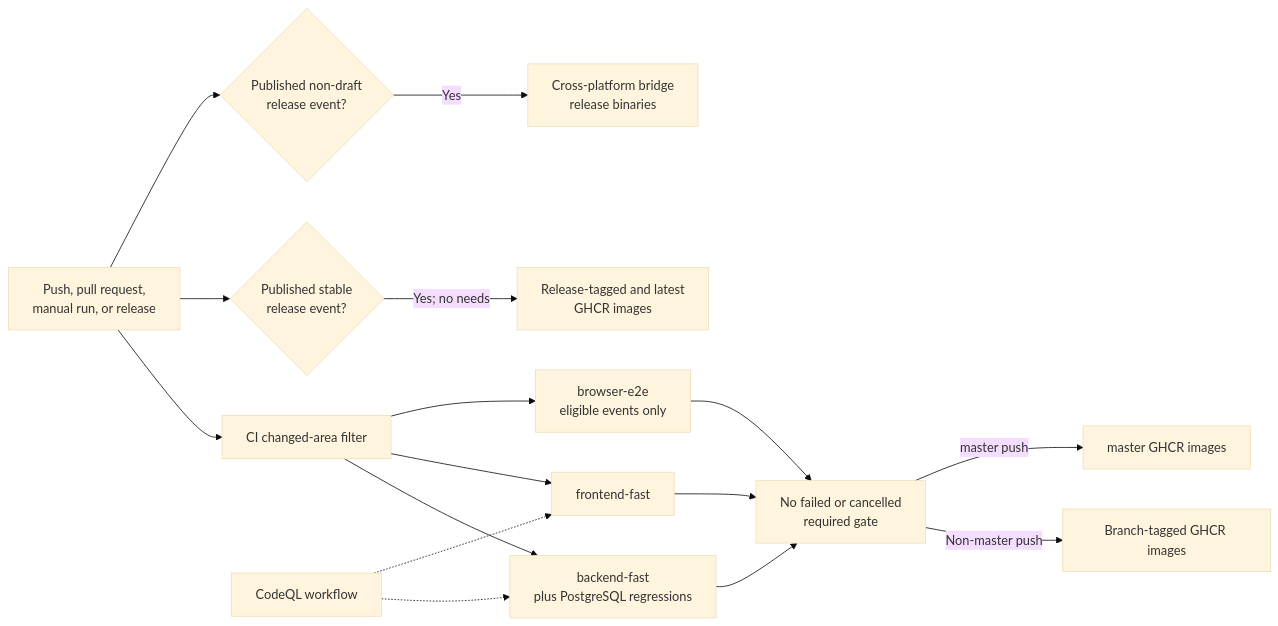
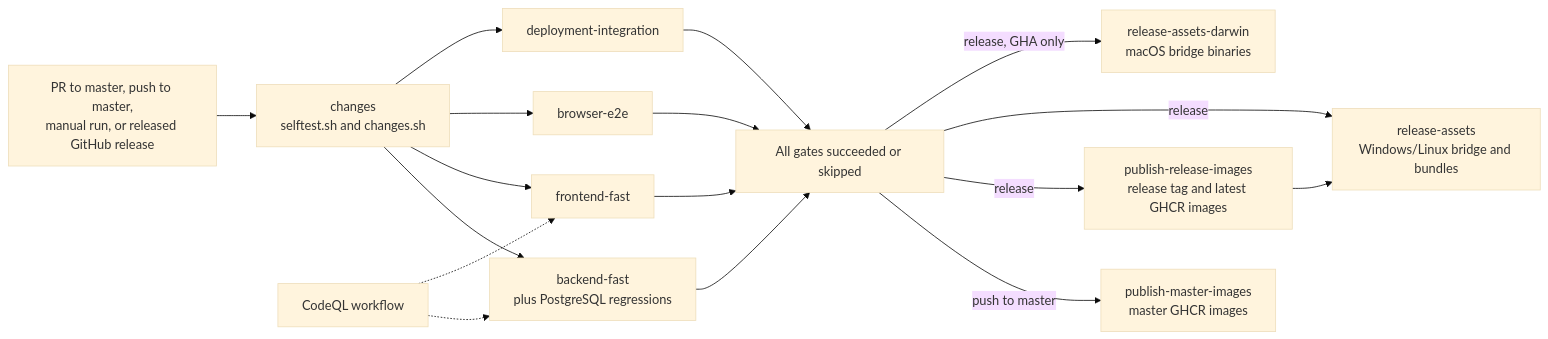
Before and after one commit to lollinoo/theia: diagram 14 of 14 in ARCHITECTURE.md, drawn with Mermaid (base theme). The commit also changed other lines of this file and 20 other files, not shown here.

Commit message:
ci: unify GitHub Actions and Woodpecker pipelines with shared scripts and run cancellation (#404)

````diff
--- a/ARCHITECTURE.md
+++ b/ARCHITECTURE.md
@@ -1176,18 +1176,19 @@
 ```mermaid
 flowchart LR
-    Change["Push, pull request,<br/>manual run, or release"] --> Filter["CI changed-area filter"]
-    Filter --> Backend["backend-fast<br/>plus PostgreSQL regressions"]
-    Filter --> Frontend["frontend-fast"]
-    Filter --> E2E["browser-e2e<br/>eligible events only"]
-    Backend --> ImageGate["No failed or cancelled<br/>required gate"]
-    Frontend --> ImageGate
-    E2E --> ImageGate
-    ImageGate -->|Non-master push| BranchImages["Branch-tagged GHCR images"]
-    ImageGate -->|master push| MasterImages["master GHCR images"]
-    Change --> StableRelease{"Published stable<br/>release event?"}
-    StableRelease -->|Yes; no needs| ReleaseImages["Release-tagged and latest<br/>GHCR images"]
-    Change --> NonDraftRelease{"Published non-draft<br/>release event?"}
-    NonDraftRelease -->|Yes| Bridge["Cross-platform bridge<br/>release binaries"]
+    Change["PR to master, push to master,<br/>manual run, or released GitHub release"] --> Changes["changes<br/>selftest.sh and changes.sh"]
+    Changes --> Backend["backend-fast<br/>plus PostgreSQL regressions"]
+    Changes --> Frontend["frontend-fast"]
+    Changes --> E2E["browser-e2e"]
+    Changes --> Deploy["deployment-integration"]
+    Backend --> Gates["All gates succeeded or skipped"]
+    Frontend --> Gates
+    E2E --> Gates
+    Deploy --> Gates
+    Gates -->|push to master| MasterImages["publish-master-images<br/>master GHCR images"]
+    Gates -->|release| ReleaseImages["publish-release-images<br/>release tag and latest GHCR images"]
+    Gates -->|release| ReleaseAssets["release-assets<br/>Windows/Linux bridge and bundles"]
+    ReleaseImages --> ReleaseAssets
+    Gates -->|release, GHA only| DarwinBridge["release-assets-darwin<br/>macOS bridge binaries"]
     CodeQL["CodeQL workflow"] -.-> Backend
     CodeQL -.-> Frontend
 ```
````
